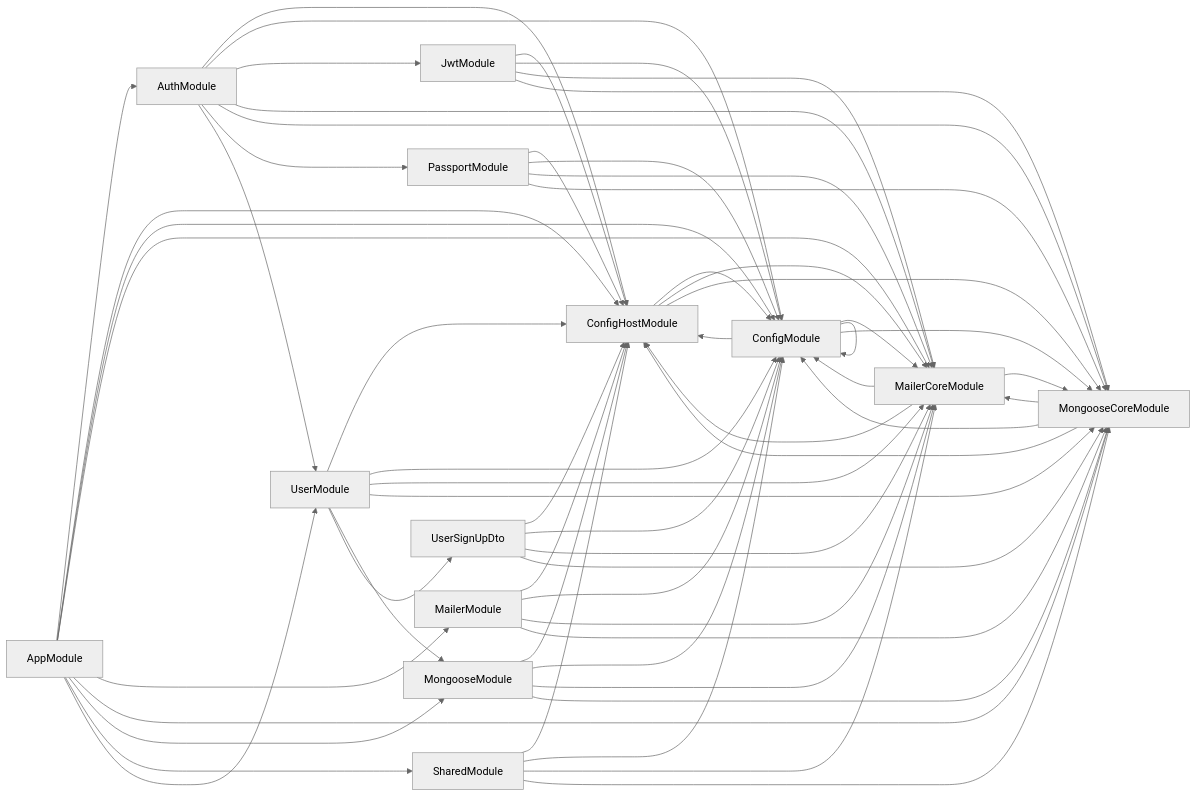
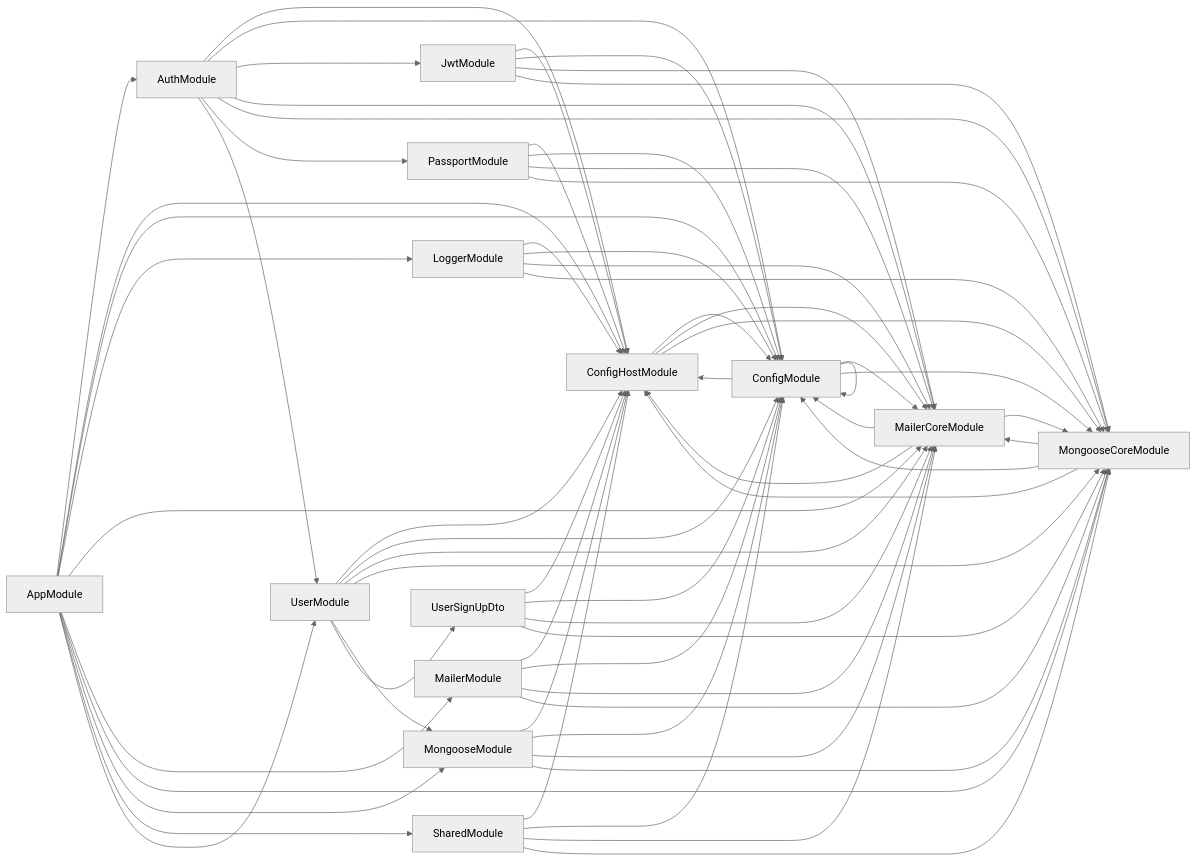
Before and after one commit to ntkwan/csc13010-student-information-system: the diagram in server/deps.mermaid, drawn with Mermaid (neutral theme). The commit also changed 8 other files, not shown here.

```diff
--- a/server/deps.mermaid
+++ b/server/deps.mermaid
@@ -1,60 +1,65 @@
 graph LR
     AppModule-->AuthModule
   AppModule-->ConfigHostModule
   AppModule-->ConfigModule
+  AppModule-->LoggerModule
   AppModule-->MailerCoreModule
   AppModule-->MailerModule
   AppModule-->MongooseCoreModule
   AppModule-->MongooseModule
   AppModule-->SharedModule
   AppModule-->UserModule
   AuthModule-->ConfigHostModule
   AuthModule-->ConfigModule
   AuthModule-->JwtModule
   AuthModule-->MailerCoreModule
   AuthModule-->MongooseCoreModule
   AuthModule-->PassportModule
   AuthModule-->UserModule
   ConfigHostModule-->ConfigModule
   ConfigHostModule-->MailerCoreModule
   ConfigHostModule-->MongooseCoreModule
   ConfigModule-->ConfigHostModule
   ConfigModule-->ConfigModule
   ConfigModule-->MailerCoreModule
   ConfigModule-->MongooseCoreModule
   JwtModule-->ConfigHostModule
   JwtModule-->ConfigModule
   JwtModule-->MailerCoreModule
   JwtModule-->MongooseCoreModule
+  LoggerModule-->ConfigHostModule
+  LoggerModule-->ConfigModule
+  LoggerModule-->MailerCoreModule
+  LoggerModule-->MongooseCoreModule
   MailerCoreModule-->ConfigHostModule
   MailerCoreModule-->ConfigModule
   MailerCoreModule-->MongooseCoreModule
   MailerModule-->ConfigHostModule
   MailerModule-->ConfigModule
   MailerModule-->MailerCoreModule
   MailerModule-->MongooseCoreModule
   MongooseCoreModule-->ConfigHostModule
   MongooseCoreModule-->ConfigModule
   MongooseCoreModule-->MailerCoreModule
   MongooseModule-->ConfigHostModule
   MongooseModule-->ConfigModule
   MongooseModule-->MailerCoreModule
   MongooseModule-->MongooseCoreModule
   PassportModule-->ConfigHostModule
   PassportModule-->ConfigModule
   PassportModule-->MailerCoreModule
   PassportModule-->MongooseCoreModule
   SharedModule-->ConfigHostModule
   SharedModule-->ConfigModule
   SharedModule-->MailerCoreModule
   SharedModule-->MongooseCoreModule
   UserModule-->ConfigHostModule
   UserModule-->ConfigModule
   UserModule-->MailerCoreModule
   UserModule-->MongooseCoreModule
   UserModule-->MongooseModule
   UserModule-->UserSignUpDto
   UserSignUpDto-->ConfigHostModule
   UserSignUpDto-->ConfigModule
   UserSignUpDto-->MailerCoreModule
   UserSignUpDto-->MongooseCoreModule
```
